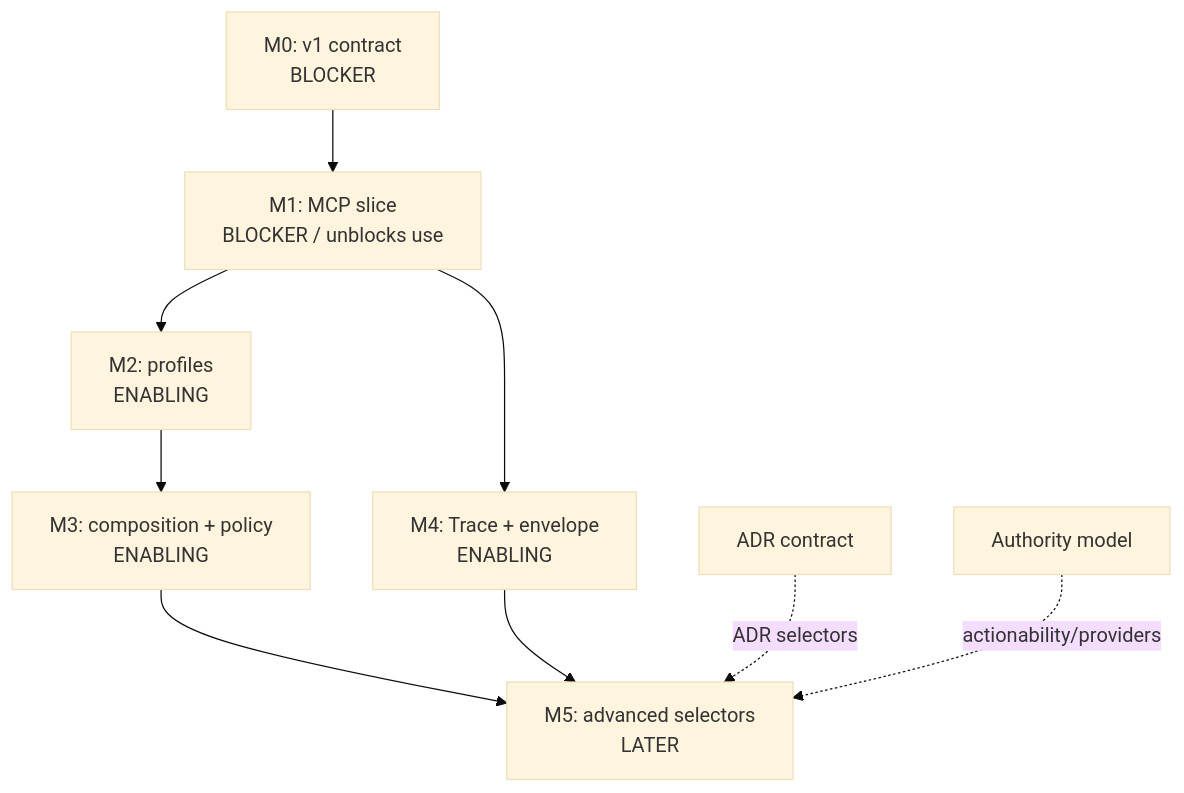
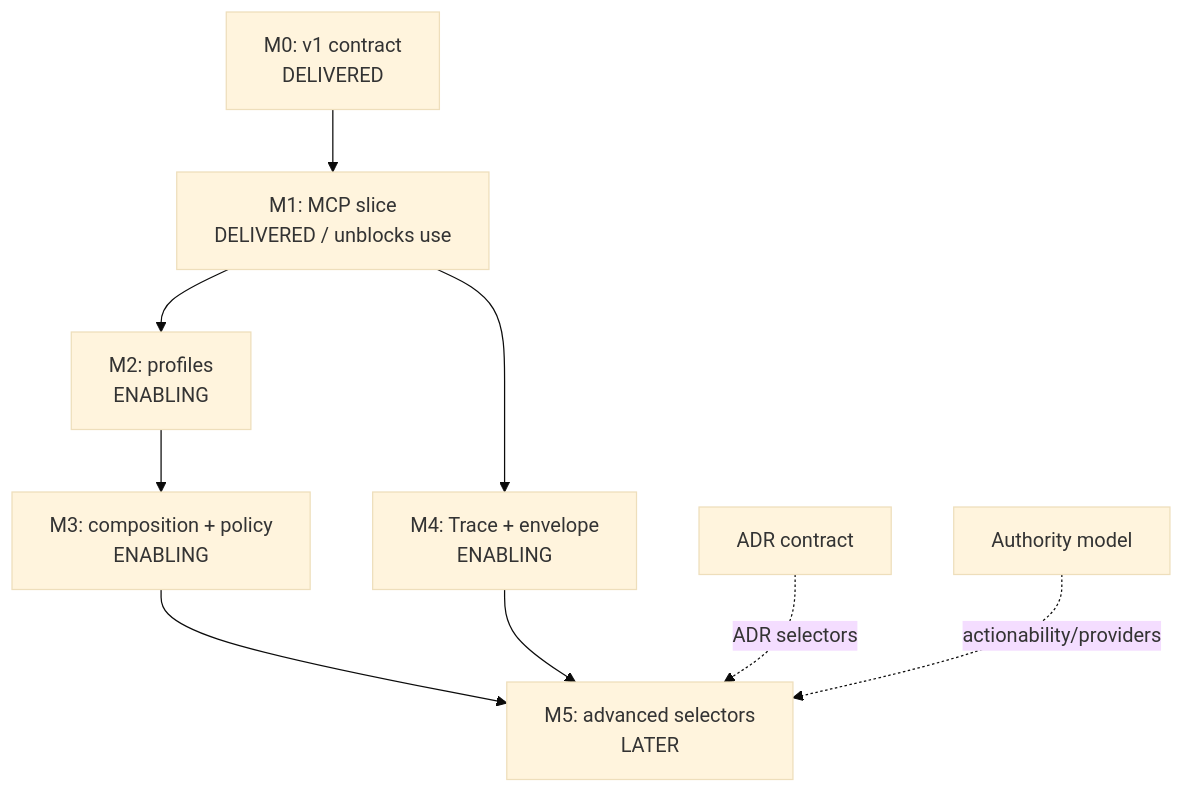
One commit to jnl-tshi/memory-seed changed the second of 2 diagrams in docs/2_Todo/declarative-retrieval-specification-proposal.md. Above: the diagram before and after it, drawn with Mermaid (base theme). The commit also changed other lines of this file and 7 other files, not shown here.

````diff
--- a/docs/2_Todo/declarative-retrieval-specification-proposal.md
+++ b/docs/2_Todo/declarative-retrieval-specification-proposal.md
@@ -336,11 +335,11 @@
 ```mermaid
 flowchart TD
-  M0["M0: v1 contract<br>BLOCKER"] --> M1["M1: MCP slice<br>BLOCKER / unblocks use"]
+  M0["M0: v1 contract<br>DELIVERED"] --> M1["M1: MCP slice<br>DELIVERED / unblocks use"]
   M1 --> M2["M2: profiles<br>ENABLING"]
   M2 --> M3["M3: composition + policy<br>ENABLING"]
   M1 --> M4["M4: Trace + envelope<br>ENABLING"]
   M3 --> M5["M5: advanced selectors<br>LATER"]
   M4 --> M5
   ADR["ADR contract"] -. "ADR selectors" .-> M5
   AUTH["Authority model"] -. "actionability/providers" .-> M5
 ```
````
